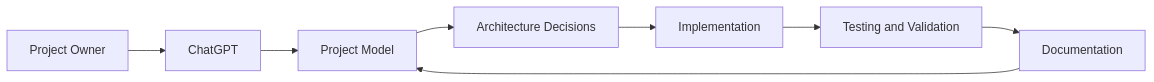
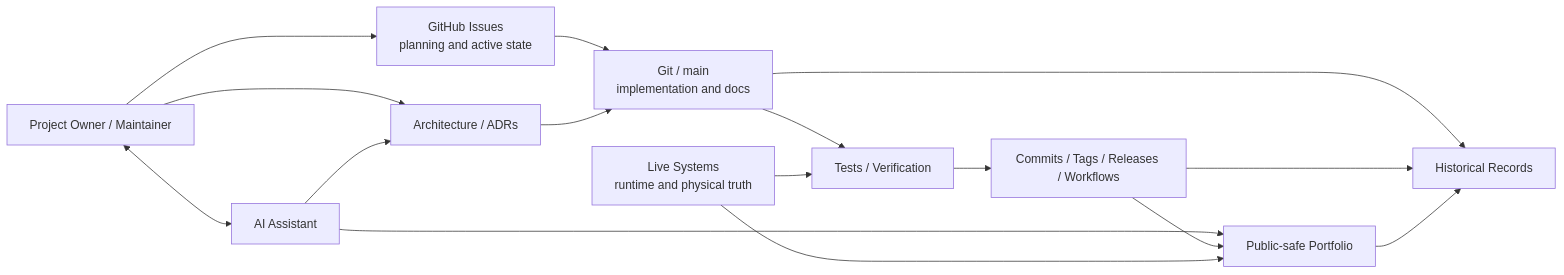
The diagram in docs/diagrams/ai-assisted-development-flow.md (keriol/Iot-home-automation), drawn with Mermaid before and after one commit. The commit also changed other lines of this file, not shown here.

Commit message:
docs(diagrams): align AI development flow with source-of-truth model [DOC-003]

````diff
--- a/docs/diagrams/ai-assisted-development-flow.md
+++ b/docs/diagrams/ai-assisted-development-flow.md
@@ -3,19 +7,32 @@
 ```mermaid
 flowchart LR
+    Owner[Project Owner / Maintainer]
+    AI[AI Assistant]
+    Issues[GitHub Issues\nplanning and active state]
+    Git[Git / main\nimplementation and docs]
+    Evidence[Commits / Tags / Releases / Workflows]
+    Runtime[Live Systems\nruntime and physical truth]
+    Design[Architecture / ADRs]
+    Validation[Tests / Verification]
+    Portfolio[Public-safe Portfolio]
+    History[Historical Records]
 
-    User[Project Owner]
-    Model[Project Model]
-    AI[ChatGPT]
-    Design[Architecture Decisions]
-    Code[Implementation]
-    Validation[Testing and Validation]
-    Docs[Documentation]
+    Owner <--> AI
 
-    User --> AI
-    AI --> Model
-    Model --> Design
-    Design --> Code
-    Code --> Validation
-    Validation --> Docs
-    Docs --> Model
+    Owner --> Issues
+    Owner --> Design
+    AI --> Design
+    AI --> Portfolio
+
+    Issues --> Git
+    Design --> Git
+    Git --> Validation
+    Validation --> Evidence
+    Evidence --> Portfolio
+    Runtime --> Validation
+    Runtime --> Portfolio
+
+    Git --> History
+    Evidence --> History
+    Portfolio --> History
 ```
````
